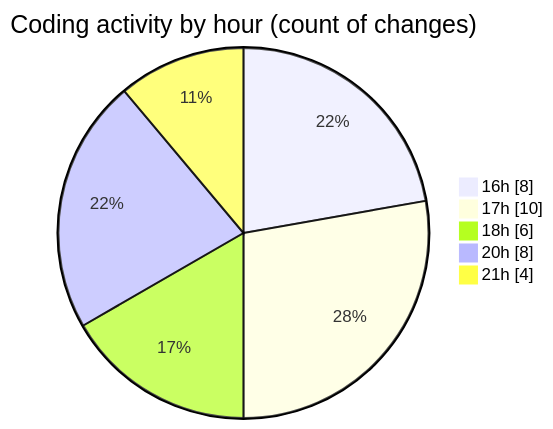
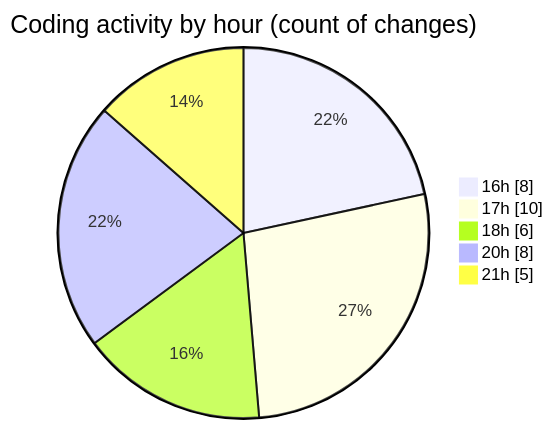
Before and after one commit to Elitesun/code-tracking: the second of 2 diagrams in 2025-02-06/react_ecom/README.md, drawn with Mermaid. The commit also changed other lines of this file and 1 other file, not shown here.

````diff
--- a/2025-02-06/react_ecom/README.md
+++ b/2025-02-06/react_ecom/README.md
@@ -34,9 +34,9 @@
 ```mermaid
 pie showData
 title Coding activity by hour (count of changes)
 "16h" : 8
 "17h" : 10
 "18h" : 6
 "20h" : 8
-"21h" : 4
+"21h" : 5
 ```
````
